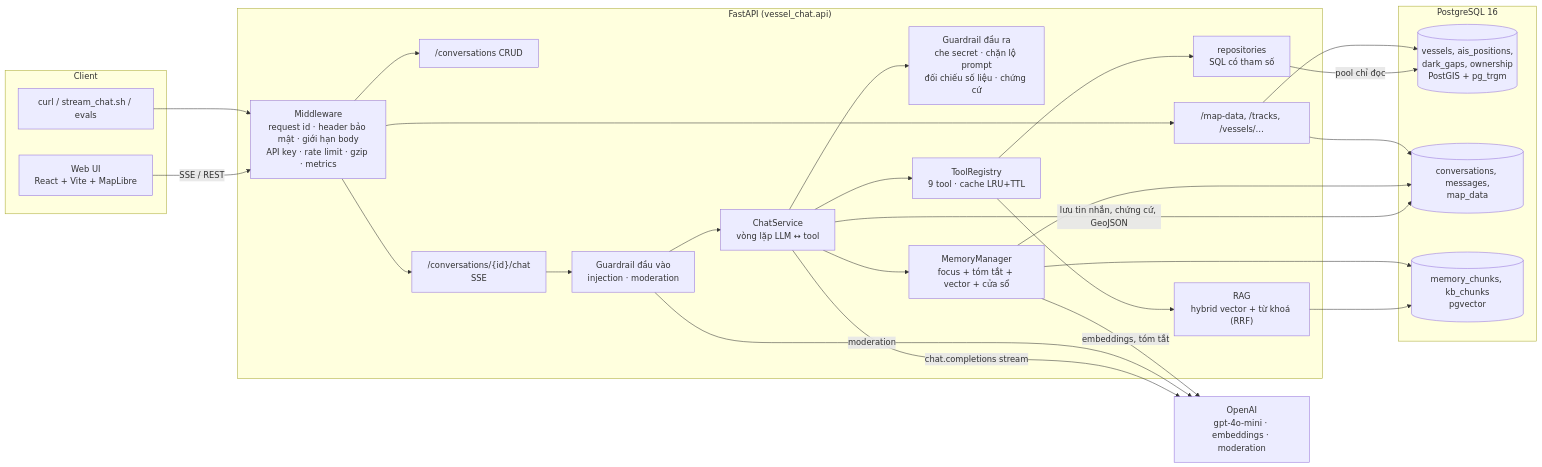
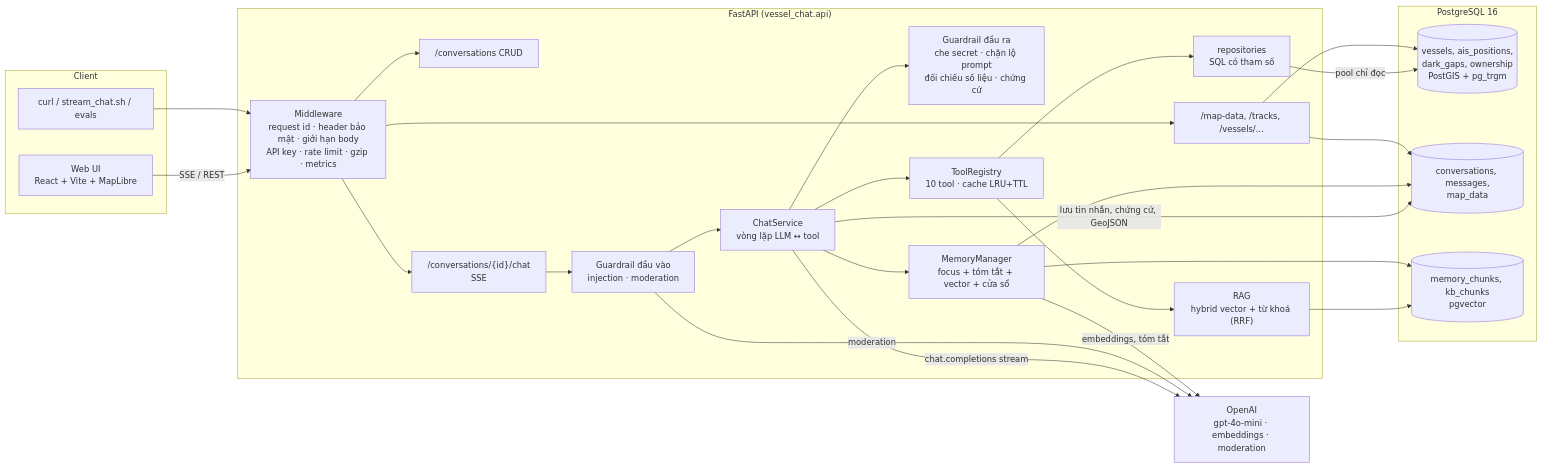
The first of 3 diagrams in docs/architecture.md (theluu/Rag-VegaStar), drawn with Mermaid before and after one commit. The commit also changed other lines of this file and 3 other files, not shown here.

````diff
--- a/docs/architecture.md
+++ b/docs/architecture.md
@@ -5,44 +5,44 @@
 ```mermaid
 flowchart LR
   subgraph Client
     UI["Web UI<br/>React + Vite + MapLibre"]
     CLI["curl / stream_chat.sh / evals"]
   end
 
   subgraph API["FastAPI (vessel_chat.api)"]
     SEC["Middleware<br/>request id · header bảo mật · giới hạn body<br/>API key · rate limit · gzip · metrics"]
     R1["/conversations CRUD"]
     R2["/conversations/{id}/chat<br/>SSE"]
     R3["/map-data, /tracks, /vessels/…"]
     GI["Guardrail đầu vào<br/>injection · moderation"]
     CS["ChatService<br/>vòng lặp LLM ↔ tool"]
     GO["Guardrail đầu ra<br/>che secret · chặn lộ prompt<br/>đối chiếu số liệu · chứng cứ"]
     MM["MemoryManager<br/>focus + tóm tắt + vector + cửa sổ"]
-    TR["ToolRegistry<br/>9 tool · cache LRU+TTL"]
+    TR["ToolRegistry<br/>10 tool · cache LRU+TTL"]
     RAG["RAG<br/>hybrid vector + từ khoá (RRF)"]
     REPO["repositories<br/>SQL có tham số"]
   end
 
   subgraph PG["PostgreSQL 16"]
     D1[("vessels, ais_positions,<br/>dark_gaps, ownership<br/>PostGIS + pg_trgm")]
     D2[("conversations, messages,<br/>map_data")]
     D3[("memory_chunks, kb_chunks<br/>pgvector")]
   end
 
   OAI["OpenAI<br/>gpt-4o-mini · embeddings · moderation"]
 
   UI -- "SSE / REST" --> SEC
   CLI --> SEC
   SEC --> R1 & R2 & R3
   R2 --> GI --> CS
   CS --> GO
   CS --> MM
   CS --> TR --> REPO -- "pool chỉ đọc" --> D1
   TR --> RAG --> D3
   CS -- "lưu tin nhắn, chứng cứ, GeoJSON" --> D2
   MM --> D2 & D3
   CS -- "chat.completions stream" --> OAI
   GI -- "moderation" --> OAI
   MM -- "embeddings, tóm tắt" --> OAI
   R3 --> D1 & D2
 ```
````
